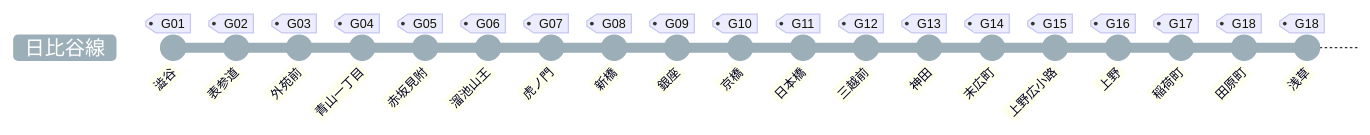
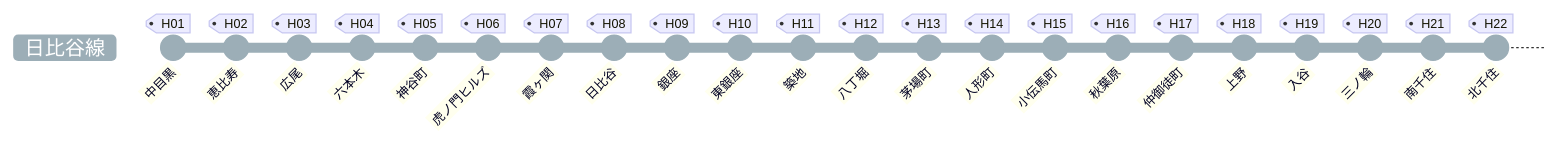
Before and after one commit to k-haruaki/tokyo-metro: the diagram in 03_HibiyaLine.md, drawn with Mermaid.

Commit message:
日比谷線の作成

````diff
--- a/03_HibiyaLine.md
+++ b/03_HibiyaLine.md
@@ -1,23 +1,26 @@
 ```mermaid
 %%{ init: { 'themeVariables': { 'git0': '#9caeb7' },'gitGraph':{'mainBranchName': '日比谷線'} } }%%
 gitGraph
-    commit id: "澁谷" tag: "G01"
-    commit id: "表参道" tag: "G02"
-    commit id: "外苑前" tag: "G03"
-    commit id: "青山一丁目" tag: "G04"
-    commit id: "赤坂見附" tag: "G05"
-    commit id: "溜池山王" tag: "G06"
-    commit id: "虎ノ門" tag: "G07"
-    commit id: "新橋" tag: "G08"
-    commit id: "銀座" tag: "G09"
-    commit id: "京橋" tag: "G10"
-    commit id: "日本橋" tag: "G11"
-    commit id: "三越前" tag: "G12"
-    commit id: "神田" tag: "G13"
-    commit id: "末広町" tag: "G14"
-    commit id: "上野広小路" tag: "G15"
-    commit id: "上野" tag: "G16"
-    commit id: "稲荷町" tag: "G17"
-    commit id: "田原町" tag: "G18"
-    commit id: "浅草" tag: "G18"
+    commit id: "中目黒" tag: "H01"
+    commit id: "恵比寿" tag: "H02"
+    commit id: "広尾" tag: "H03"
+    commit id: "六本木" tag: "H04"
+    commit id: "神谷町" tag: "H05"
+    commit id: "虎ノ門ヒルズ" tag: "H06"
+    commit id: "霞ヶ関" tag: "H07"
+    commit id: "日比谷" tag: "H08"
+    commit id: "銀座" tag: "H09"
+    commit id: "東銀座" tag: "H10"
+    commit id: "築地" tag: "H11"
+    commit id: "八丁堀" tag: "H12"
+    commit id: "茅場町" tag: "H13"
+    commit id: "人形町" tag: "H14"
+    commit id: "小伝馬町" tag: "H15"
+    commit id: "秋葉原" tag: "H16"
+    commit id: "仲御徒町" tag: "H17"
+    commit id: "上野" tag: "H18"
+    commit id: "入谷" tag: "H19"
+    commit id: "三ノ輪" tag: "H20"
+    commit id: "南千住" tag: "H21"
+    commit id: "北千住" tag: "H22"
 ```
````
